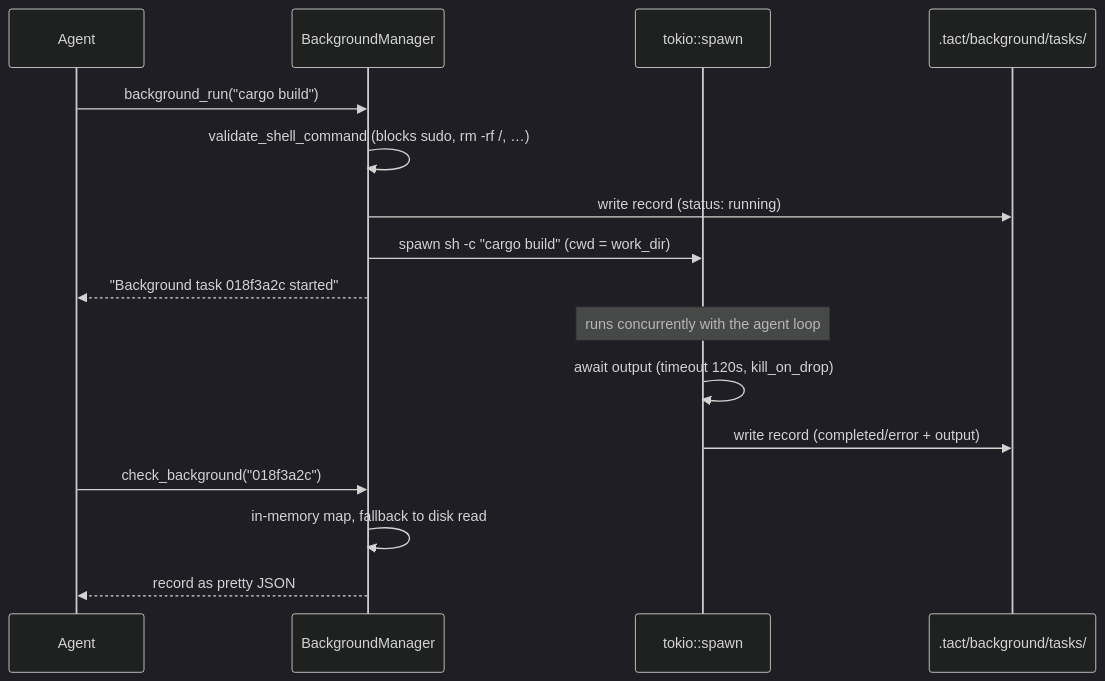
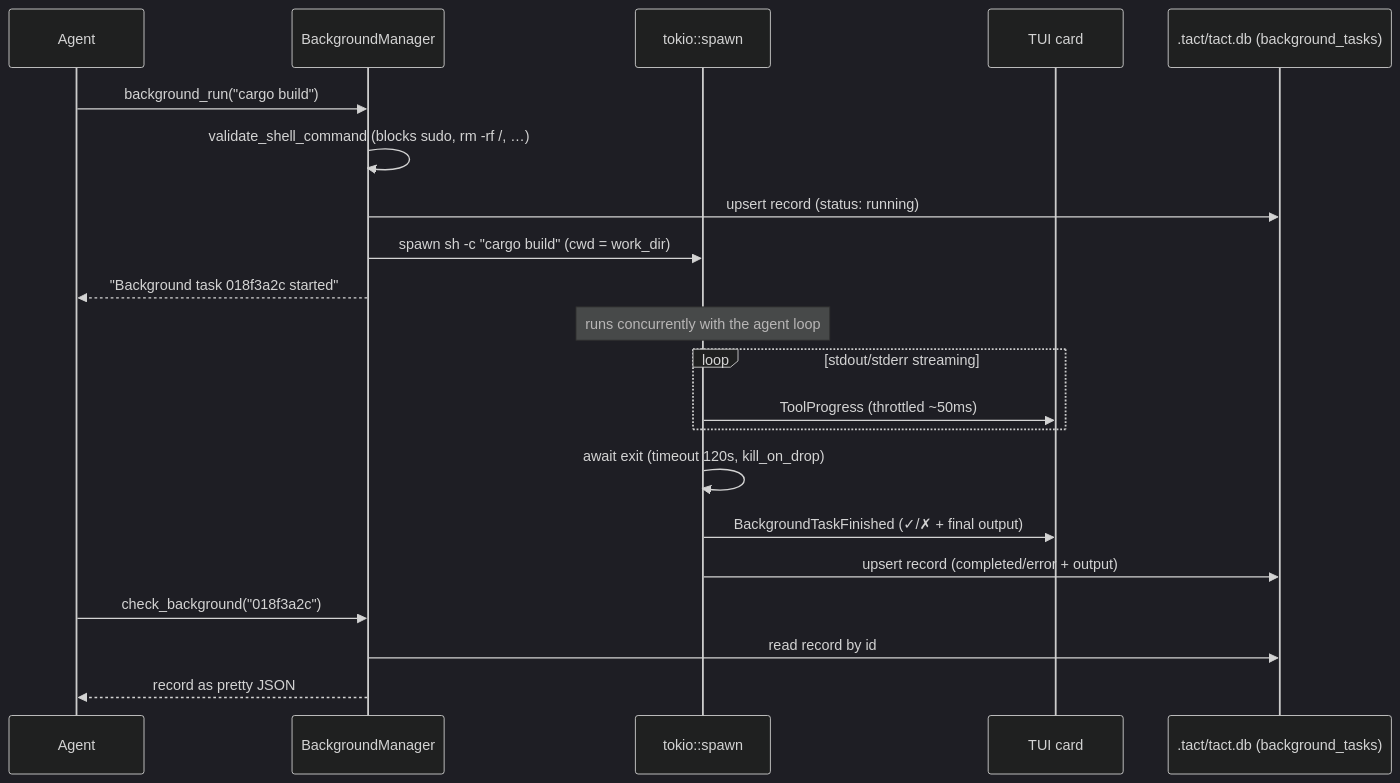
The diagram in book/13_chapter_background.md (rust-infra/tact), drawn with Mermaid (dark theme) before and after one commit. The commit also changed other lines of this file and 344 other files, not shown here.

````diff
--- a/book/13_chapter_background.md
+++ b/book/13_chapter_background.md
@@ -50,22 +54,27 @@
 ```mermaid
 sequenceDiagram
     participant Agent
     participant BM as BackgroundManager
     participant Task as tokio::spawn
-    participant FS as .tact/background/tasks/
+    participant TUI as TUI card
+    participant DB as .tact/tact.db (background_tasks)
 
     Agent->>BM: background_run("cargo build")
     BM->>BM: validate_shell_command (blocks sudo, rm -rf /, …)
-    BM->>FS: write record (status: running)
+    BM->>DB: upsert record (status: running)
     BM->>Task: spawn sh -c "cargo build" (cwd = work_dir)
     BM-->>Agent: "Background task 018f3a2c started"
 
     Note over Task: runs concurrently with the agent loop
 
-    Task->>Task: await output (timeout 120s, kill_on_drop)
-    Task->>FS: write record (completed/error + output)
+    loop stdout/stderr streaming
+        Task->>TUI: ToolProgress (throttled ~50ms)
+    end
+    Task->>Task: await exit (timeout 120s, kill_on_drop)
+    Task->>TUI: BackgroundTaskFinished (✓/✗ + final output)
+    Task->>DB: upsert record (completed/error + output)
 
     Agent->>BM: check_background("018f3a2c")
-    BM->>BM: in-memory map, fallback to disk read
+    BM->>DB: read record by id
     BM-->>Agent: record as pretty JSON
 ```
````
